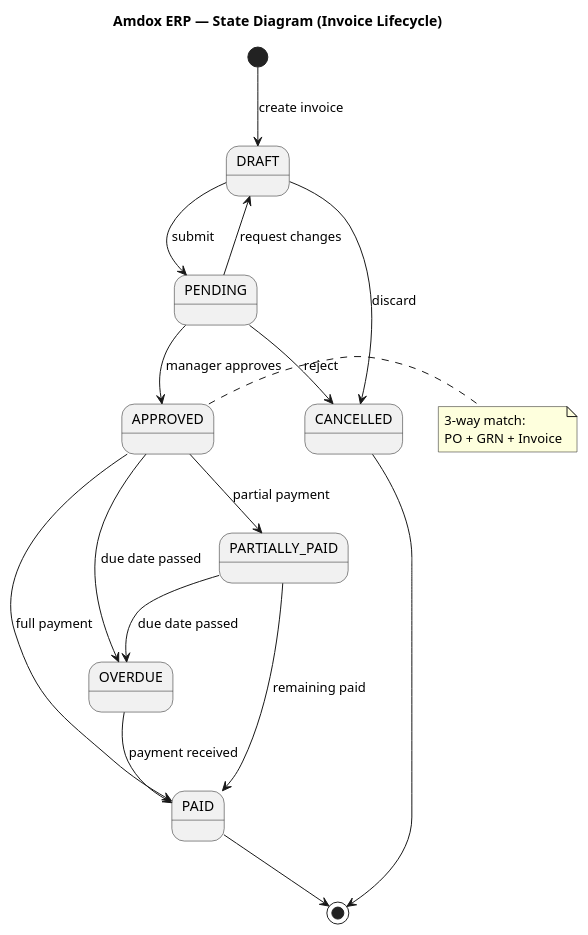
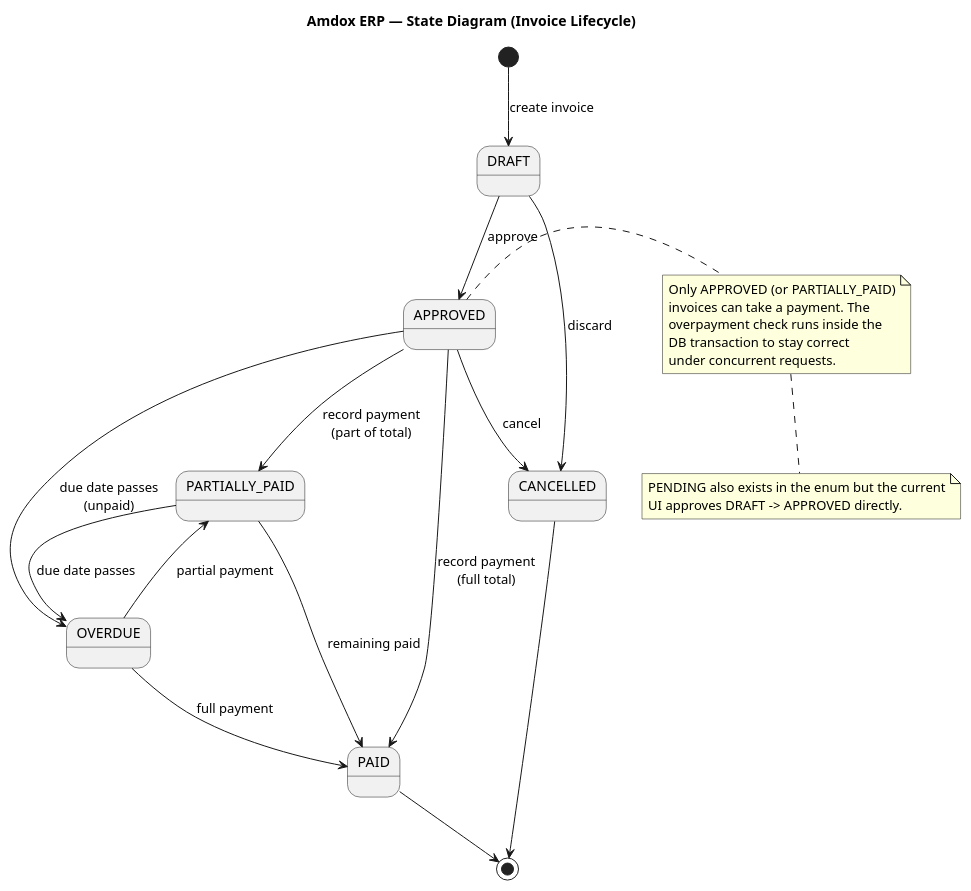
One commit to Shubhanjali801/amdox-erp changed the diagram in docs/uml/6-state.puml. Above: the diagram before and after it, drawn with PlantUML. The commit also changed 20 other files, not shown here.

Commit message:
docs(uml): update diagrams to as-built system + render PNGs

```diff
--- a/docs/uml/6-state.puml
+++ b/docs/uml/6-state.puml
@@ -1,29 +1,39 @@
 @startuml Amdox-ERP-State
 title Amdox ERP — State Diagram (Invoice Lifecycle)
 
+' What this shows: the states an invoice moves through (the InvoiceStatus enum)
+' and the action that causes each transition. Payments auto-advance the status:
+' the payment service sets PARTIALLY_PAID or PAID based on total paid vs total.
+
 [*] --> DRAFT : create invoice
 
-DRAFT --> PENDING : submit
+DRAFT --> APPROVED : approve
 DRAFT --> CANCELLED : discard
 
-PENDING --> APPROVED : manager approves
-PENDING --> DRAFT : request changes
-PENDING --> CANCELLED : reject
-
-APPROVED --> PARTIALLY_PAID : partial payment
-APPROVED --> PAID : full payment
-APPROVED --> OVERDUE : due date passed
+APPROVED --> PARTIALLY_PAID : record payment\n(part of total)
+APPROVED --> PAID : record payment\n(full total)
+APPROVED --> OVERDUE : due date passes\n(unpaid)
+APPROVED --> CANCELLED : cancel
 
 PARTIALLY_PAID --> PAID : remaining paid
-PARTIALLY_PAID --> OVERDUE : due date passed
+PARTIALLY_PAID --> OVERDUE : due date passes
 
-OVERDUE --> PAID : payment received
+OVERDUE --> PARTIALLY_PAID : partial payment
+OVERDUE --> PAID : full payment
 
 PAID --> [*]
 CANCELLED --> [*]
 
 note right of APPROVED
-  3-way match:
-  PO + GRN + Invoice
+  Only APPROVED (or PARTIALLY_PAID)
+  invoices can take a payment. The
+  overpayment check runs inside the
+  DB transaction to stay correct
+  under concurrent requests.
+end note
+
+note bottom
+  PENDING also exists in the enum but the current
+  UI approves DRAFT -> APPROVED directly.
 end note
 @enduml
```
